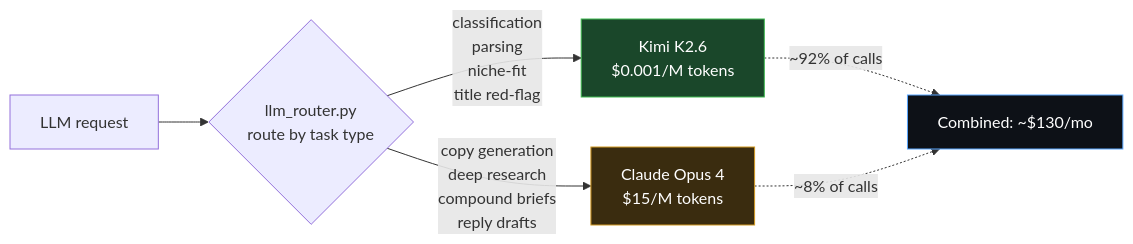
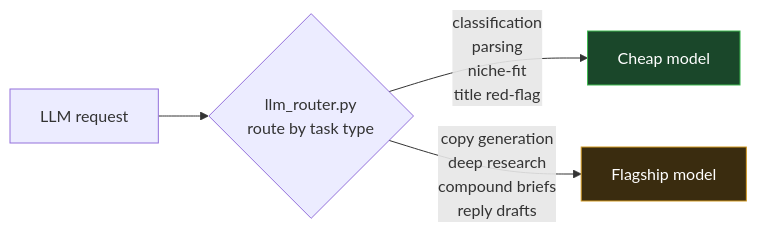
One commit to RoberickSanders/b2b-outbound-stack changed the third of 5 diagrams in README.md. Above: the diagram before and after it, drawn with Mermaid. The commit also changed other lines of this file, not shown here.

````diff
--- a/README.md
+++ b/README.md
@@ -162,13 +141,9 @@
 ```mermaid
 flowchart LR
     REQ[LLM request] --> R{llm_router.py<br/>route by task type}
-    R -->|classification<br/>parsing<br/>niche-fit<br/>title red-flag| K[Kimi K2.6<br/>$0.001/M tokens]
-    R -->|copy generation<br/>deep research<br/>compound briefs<br/>reply drafts| O[Claude Opus 4<br/>$15/M tokens]
-
-    K -.->|~92% of calls| TOTAL[Combined: ~$130/mo]
-    O -.->|~8% of calls| TOTAL
+    R -->|classification<br/>parsing<br/>niche-fit<br/>title red-flag| K[Cheap model]
+    R -->|copy generation<br/>deep research<br/>compound briefs<br/>reply drafts| O[Flagship model]
 
     style K fill:#1a472a,color:#fff,stroke:#3fb950
     style O fill:#3a2c0f,color:#fff,stroke:#d29922
-    style TOTAL fill:#0d1117,color:#fff,stroke:#58a6ff
 ```
````
